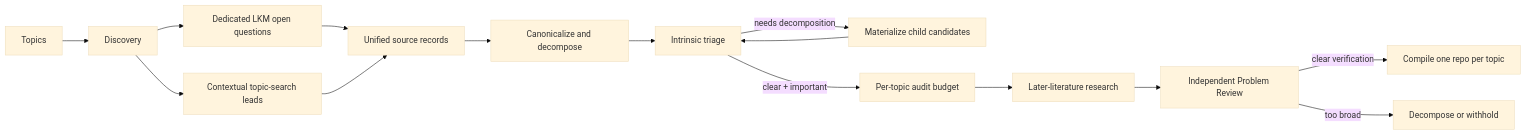
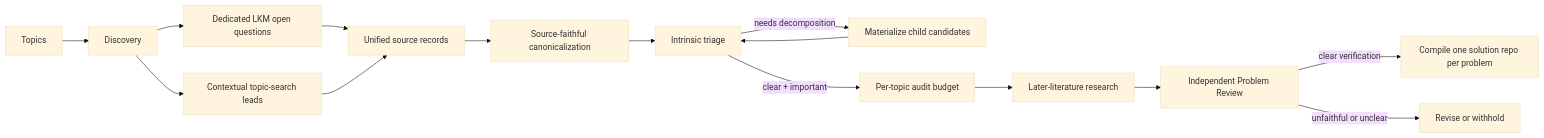
The diagram in docs/discovery-pipeline.md (kunyuan/open-research-discovery), drawn with Mermaid (base theme) before and after one commit. The commit also changed other lines of this file and 15 other files, not shown here.

Commit message:
Preserve source scope in solution repositories

````diff
--- a/docs/discovery-pipeline.md
+++ b/docs/discovery-pipeline.md
@@ -8,17 +8,17 @@
 ```mermaid
 flowchart LR
     T["Topics"] --> D["Discovery"]
     D --> L["Dedicated LKM open questions"]
     D --> Q["Contextual topic-search leads"]
     L --> U["Unified source records"]
     Q --> U
-    U --> C["Canonicalize and decompose"]
+    U --> C["Source-faithful canonicalization"]
     C --> I["Intrinsic triage"]
     I -->|"needs decomposition"| S["Materialize child candidates"]
     S --> I
     I -->|"clear + important"| B["Per-topic audit budget"]
     B --> R["Later-literature research"]
     R --> V["Independent Problem Review"]
-    V -->|"clear verification"| G["Compile one repo per topic"]
-    V -->|"too broad"| X["Decompose or withhold"]
+    V -->|"clear verification"| G["Compile one solution repo per problem"]
+    V -->|"unfaithful or unclear"| X["Revise or withhold"]
 ```
````
